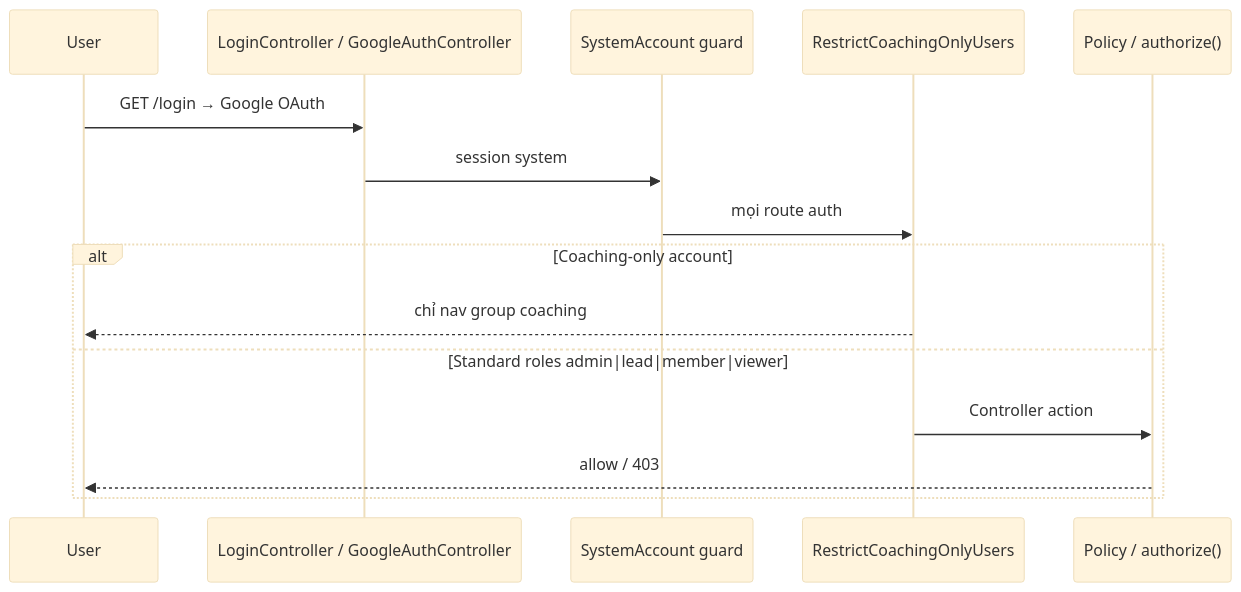
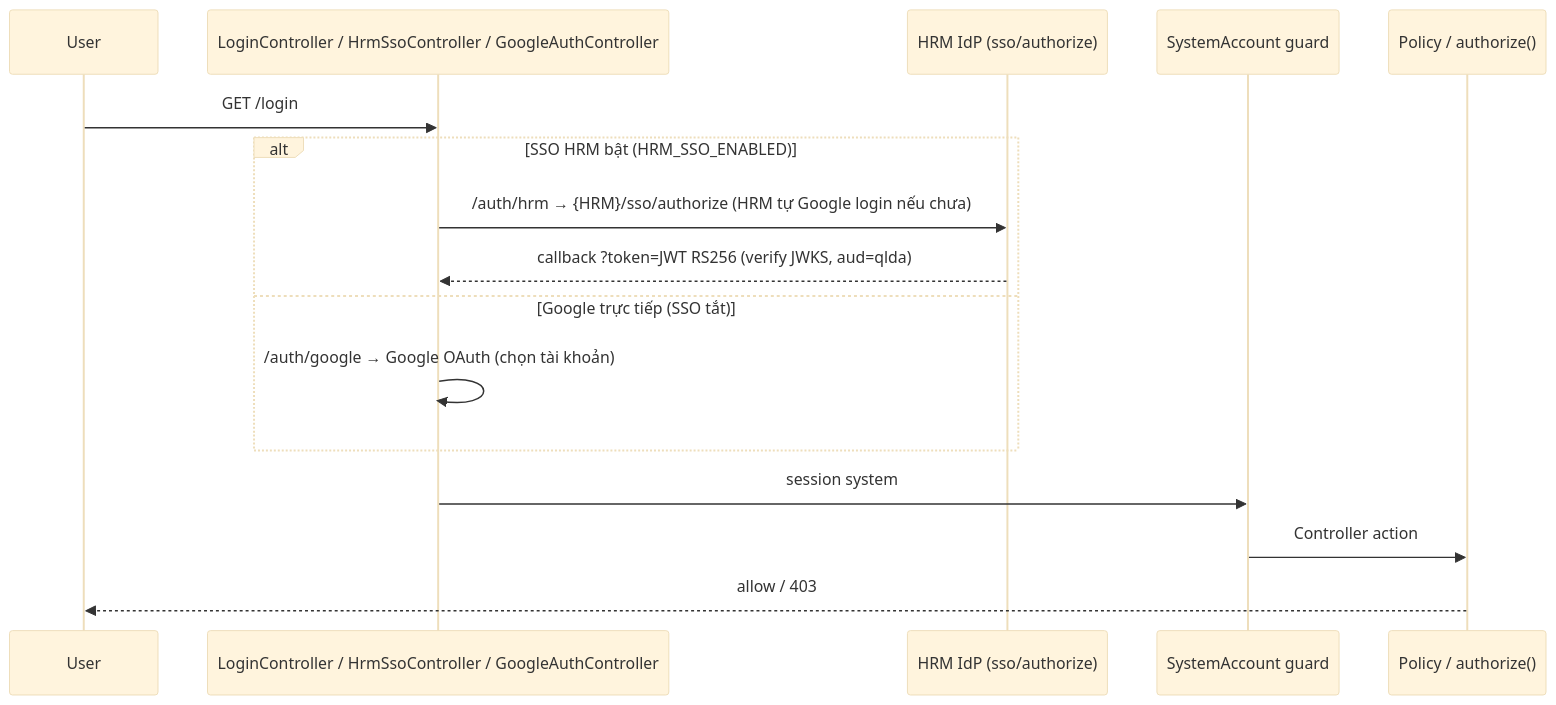
Before and after one commit to EasyToBuildWithKane/va-qlda: the third of 10 diagrams in docs/FLOWS_AND_DOCS_MAP.md, drawn with Mermaid (base theme). The commit also changed other lines of this file and 149 other files, not shown here.

Commit message:
feat(coaching): update hrm sso jwt verifier

````diff
--- a/docs/FLOWS_AND_DOCS_MAP.md
+++ b/docs/FLOWS_AND_DOCS_MAP.md
@@ -83,18 +82,19 @@
 ```mermaid
 sequenceDiagram
   participant U as User
-  participant L as LoginController / GoogleAuthController
+  participant L as LoginController / HrmSsoController / GoogleAuthController
+  participant H as HRM IdP (sso/authorize)
   participant S as SystemAccount guard
-  participant M as RestrictCoachingOnlyUsers
   participant P as Policy / authorize()
 
-  U->>L: GET /login → Google OAuth
+  U->>L: GET /login
+  alt SSO HRM bật (HRM_SSO_ENABLED)
+    L->>H: /auth/hrm → {HRM}/sso/authorize (HRM tự Google login nếu chưa)
+    H-->>L: callback ?token=JWT RS256 (verify JWKS, aud=qlda)
+  else Google trực tiếp (SSO tắt)
+    L->>L: /auth/google → Google OAuth (chọn tài khoản)
+  end
   L->>S: session system
-  S->>M: mọi route auth
-  alt Coaching-only account
-    M-->>U: chỉ nav group coaching
-  else Standard roles admin|lead|member|viewer
-    M->>P: Controller action
-    P-->>U: allow / 403
-  end
+  S->>P: Controller action
+  P-->>U: allow / 403
 ```
````
